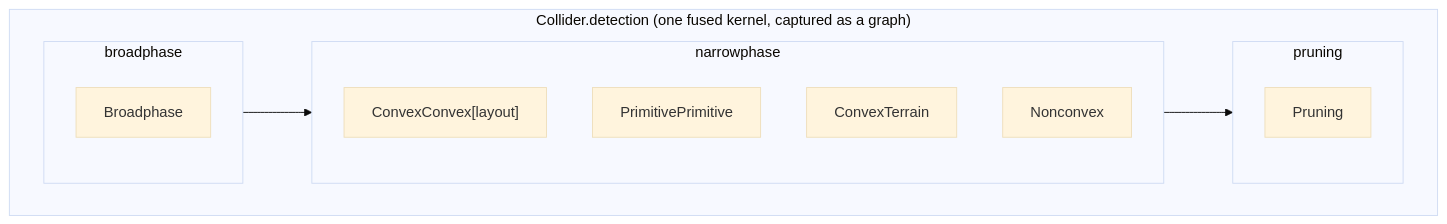
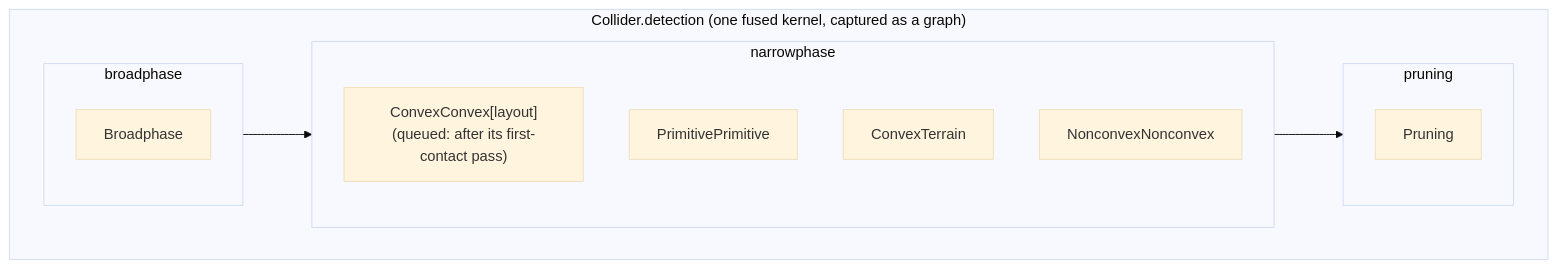
Before and after one commit to duburcqa/Genesis: the sixth of 12 diagrams in .github/contributing/PIPELINE.md, drawn with Mermaid (base theme). The commit also changed other lines of this file and 23 other files, not shown here.

````diff
--- a/.github/contributing/PIPELINE.md
+++ b/.github/contributing/PIPELINE.md
@@ -182,20 +178,20 @@
 ```mermaid
 flowchart LR
     subgraph detection ["Collider.detection (one fused kernel, captured as a graph)"]
         direction LR
         subgraph bp ["broadphase"]
             B["Broadphase"]
         end
         subgraph np ["narrowphase"]
             direction TB
-            N1["ConvexConvex[layout]"]
+            N1["ConvexConvex[layout]<br/>(queued: after its first-contact pass)"]
             N2["PrimitivePrimitive"]
             N3["ConvexTerrain"]
-            N4["Nonconvex"]
+            N4["NonconvexNonconvex"]
         end
         subgraph pr ["pruning"]
             PR["Pruning"]
         end
         bp --> np --> pr
     end
 ```
````
